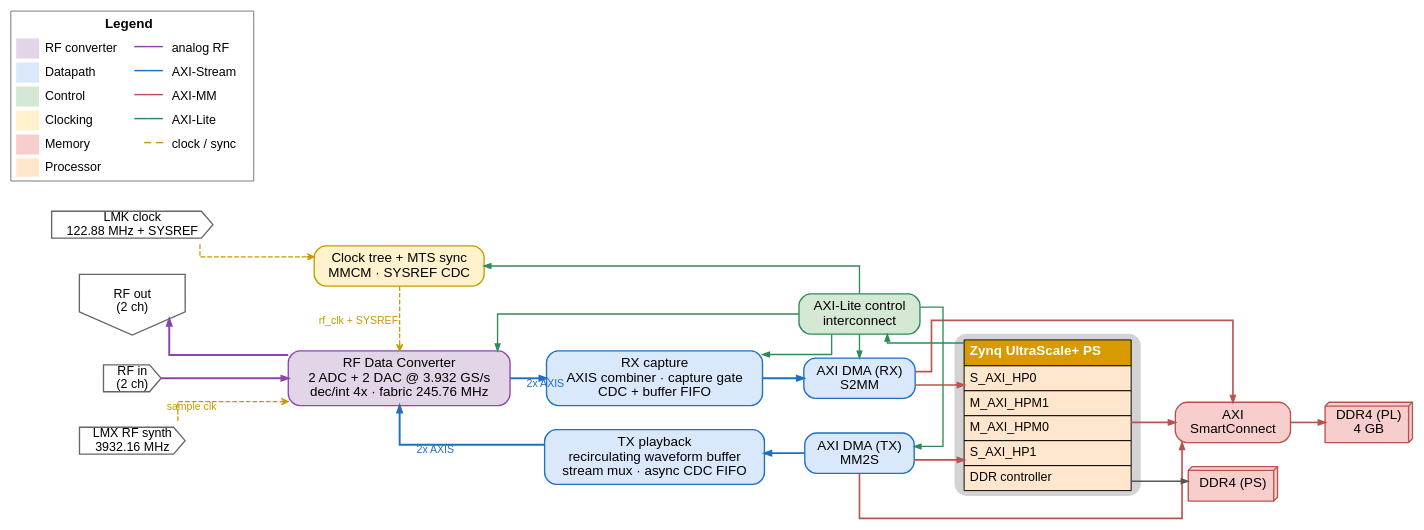
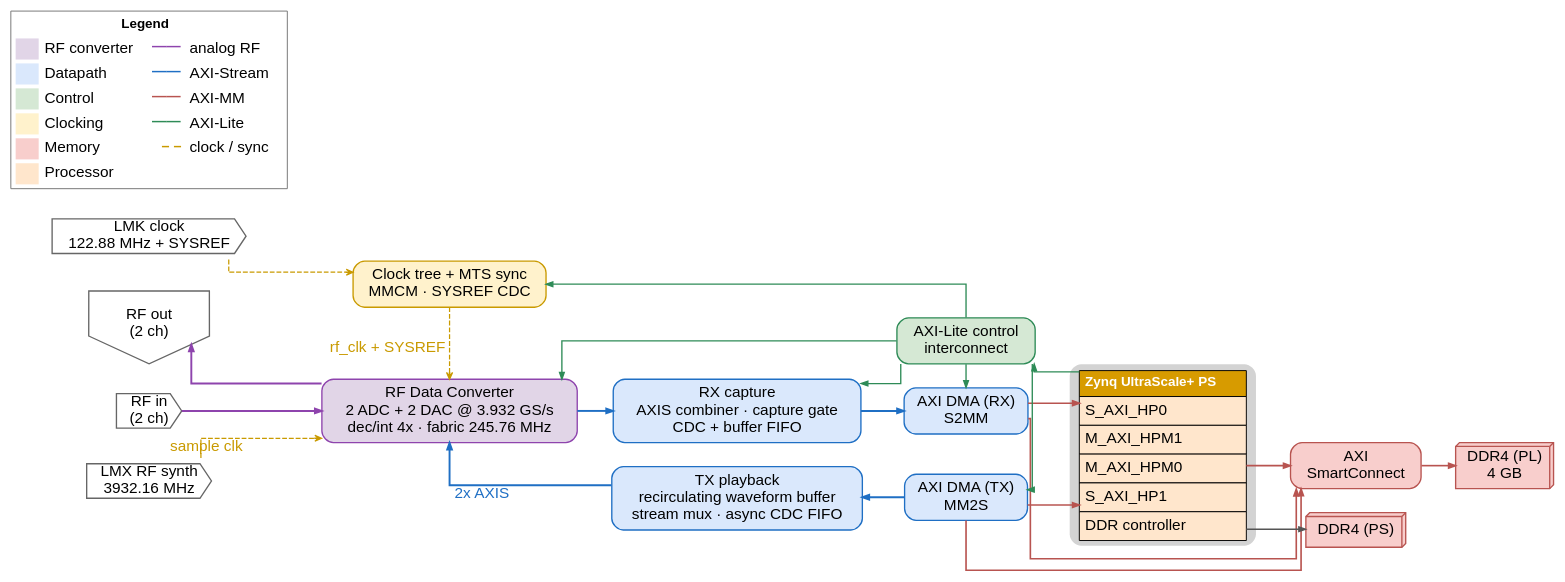
Before and after one commit to ali-rasteh/rfsoc-sdr: the diagram in vivado/sounder_bbf_sivers_ddr4_2x2/arch_diagrams/8_paper_system_architecture.dot, drawn with Graphviz. The commit also changed 7 other files, not shown here.

Commit message:
Updated paper block diagrams

```diff
--- a/vivado/sounder_bbf_sivers_ddr4_2x2/arch_diagrams/8_paper_system_architecture.dot
+++ b/vivado/sounder_bbf_sivers_ddr4_2x2/arch_diagrams/8_paper_system_architecture.dot
@@ -1,96 +1,96 @@
 digraph "paper_system_architecture" {
   graph [rankdir=LR, splines=ortho, nodesep=0.35, ranksep=0.5, fontname="Helvetica",
          bgcolor="white", forcelabels=true, pack=false];
-  node  [fontname="Helvetica", fontsize=14, shape=box, style="filled,rounded",
+  node  [fontname="Helvetica", fontsize=16, shape=box, style="filled,rounded",
          penwidth=1.4, margin="0.14,0.09"];
-  edge  [fontname="Helvetica", fontsize=11, penwidth=1.4, arrowsize=0.7];
+  edge  [fontname="Helvetica", fontsize=16, penwidth=1.4, arrowsize=0.7];
 
   /* ---------- nodes (declared top-to-bottom per column) ---------- */
-  "rf_in"   [label="RF in\n(2 ch)",  shape=cds,      fillcolor="#FFFFFF", color="#666666", style="filled", fontsize=13];
-  "rf_out"  [label="RF out\n(2 ch)", shape=invhouse, fillcolor="#FFFFFF", color="#666666", style="filled", fontsize=13];
-  "clk_lmx" [label="LMX RF synth\n3932.16 MHz",      shape=cds, fillcolor="#FFFFFF", color="#666666", style="filled", fontsize=13];
-  "clk_lmk" [label="LMK clock\n122.88 MHz + SYSREF", shape=cds, fillcolor="#FFFFFF", color="#666666", style="filled", fontsize=13];
+  "rf_in"   [label="RF in\n(2 ch)",  shape=cds,      fillcolor="#FFFFFF", color="#666666", style="filled", fontsize=16];
+  "rf_out"  [label="RF out\n(2 ch)", shape=invhouse, fillcolor="#FFFFFF", color="#666666", style="filled", fontsize=16];
+  "clk_lmx" [label="LMX RF synth\n3932.16 MHz",      shape=cds, fillcolor="#FFFFFF", color="#666666", style="filled", fontsize=16];
+  "clk_lmk" [label="LMK clock\n122.88 MHz + SYSREF", shape=cds, fillcolor="#FFFFFF", color="#666666", style="filled", fontsize=16];
 
   "rfdc" [label="RF Data Converter\n2 ADC + 2 DAC @ 3.932 GS/s\ndec/int 4x · fabric 245.76 MHz",
           fillcolor="#E1D5E7", color="#8E44AD"];
   "clktree" [label="Clock tree + MTS sync\nMMCM · SYSREF CDC", fillcolor="#FFF2CC", color="#C99A00"];
 
   "rx_cap" [label="RX capture\nAXIS combiner · capture gate\nCDC + buffer FIFO", fillcolor="#DAE8FC", color="#1F6FC4"];
   "tx_pb"  [label="TX playback\nrecirculating waveform buffer\nstream mux · async CDC FIFO", fillcolor="#DAE8FC", color="#1F6FC4"];
 
   "dma_rx" [label="AXI DMA (RX)\nS2MM", fillcolor="#DAE8FC", color="#1F6FC4"];
   "ctrl"   [label="AXI-Lite control\ninterconnect", fillcolor="#D5E8D4", color="#2E8B57"];
   "dma_tx" [label="AXI DMA (TX)\nMM2S", fillcolor="#DAE8FC", color="#1F6FC4"];
 
   "ps" [shape=plaintext, label=<<table border="0" cellborder="1" cellspacing="0" cellpadding="5" bgcolor="white">
     <tr><td bgcolor="#D79B00"><font color="white" point-size="14"><b>Zynq UltraScale+ PS</b></font></td></tr>
-    <tr><td port="hp0"  align="left" bgcolor="#FFE6CC"><font point-size="13">S_AXI_HP0</font></td></tr>
-    <tr><td port="hpm1" align="left" bgcolor="#FFE6CC"><font point-size="13">M_AXI_HPM1</font></td></tr>
-    <tr><td port="hpm0" align="left" bgcolor="#FFE6CC"><font point-size="13">M_AXI_HPM0</font></td></tr>
-    <tr><td port="hp1"  align="left" bgcolor="#FFE6CC"><font point-size="13">S_AXI_HP1</font></td></tr>
-    <tr><td port="ddrc" align="left" bgcolor="#FFE6CC"><font point-size="13">DDR controller</font></td></tr>
+    <tr><td port="hp0"  align="left" bgcolor="#FFE6CC"><font point-size="16">S_AXI_HP0</font></td></tr>
+    <tr><td port="hpm1" align="left" bgcolor="#FFE6CC"><font point-size="16">M_AXI_HPM1</font></td></tr>
+    <tr><td port="hpm0" align="left" bgcolor="#FFE6CC"><font point-size="16">M_AXI_HPM0</font></td></tr>
+    <tr><td port="hp1"  align="left" bgcolor="#FFE6CC"><font point-size="16">S_AXI_HP1</font></td></tr>
+    <tr><td port="ddrc" align="left" bgcolor="#FFE6CC"><font point-size="16">DDR controller</font></td></tr>
   </table>>];
 
   "sc"     [label="AXI\nSmartConnect", fillcolor="#F8CECC", color="#B85450"];
   "ddr4ps" [label="DDR4 (PS)", shape=box3d, style="filled", fillcolor="#F8CECC", color="#B85450"];
   "ddr4pl" [label="DDR4 (PL)\n4 GB", shape=box3d, style="filled", fillcolor="#F8CECC", color="#B85450"];
 
   /* ---------- rank columns ---------- */
   { rank=same; "rf_in"; "rf_out"; "clk_lmx"; "clk_lmk"; }
   "clk_lmk" -> "rf_out" [style=invis];
   "rf_out" -> "rf_in"   [style=invis];
   "rf_in" -> "clk_lmx"  [style=invis];
   { rank=same; "rfdc"; "clktree"; }
   { rank=same; "rx_cap"; "tx_pb"; }
   { rank=same; "dma_rx"; "ctrl"; "dma_tx"; }
   { rank=same; "sc"; "ddr4ps"; }
 
   /* ---------- analog RF ---------- */
   "rf_in" -> "rfdc" [color="#8E44AD", style=solid, penwidth=2.0, weight=8];
   "rfdc" -> "rf_out" [color="#8E44AD", style=solid, penwidth=2.0, constraint=false, weight=8];
 
   /* ---------- AXI-Stream data ---------- */
-  "rfdc" -> "rx_cap" [color="#1F6FC4", style=solid, penwidth=2.0, xlabel="2x AXIS", fontcolor="#1F6FC4"];
+  "rfdc" -> "rx_cap" [color="#1F6FC4", style=solid, penwidth=2.0, xlabel="", fontcolor="#1F6FC4"];
   "rx_cap" -> "dma_rx" [color="#1F6FC4", style=solid, penwidth=2.0];
   "dma_tx" -> "tx_pb" [color="#1F6FC4", style=solid, penwidth=2.0, constraint=false];
   "tx_pb" -> "rfdc" [color="#1F6FC4", style=solid, penwidth=2.0, xlabel="2x AXIS", fontcolor="#1F6FC4", constraint=false];
 
   /* ---------- AXI-MM memory ---------- */
   "dma_rx" -> "ps":"hp0":w [color="#B85450", style=solid, penwidth=1.7];
   "dma_tx" -> "ps":"hp1":w [color="#B85450", style=solid, penwidth=1.7];
   "dma_rx" -> "sc" [color="#B85450", style=solid, penwidth=1.7];
   "dma_tx" -> "sc" [color="#B85450", style=solid, penwidth=1.7];
   "ps":"hpm0":e -> "sc" [color="#B85450", style=solid, penwidth=1.7];
   "sc" -> "ddr4pl" [color="#B85450", style=solid, penwidth=1.7];
   "ps":"ddrc":e -> "ddr4ps" [color="#555555", style=solid, penwidth=1.4];
 
   /* ---------- AXI-Lite control ---------- */
   "ps":"hpm1":w -> "ctrl" [color="#2E8B57", style=solid, penwidth=1.4, constraint=false];
   "ctrl" -> "rfdc"    [color="#2E8B57", style=solid, penwidth=1.4, constraint=false];
   "ctrl" -> "rx_cap"  [color="#2E8B57", style=solid, penwidth=1.4, constraint=false];
   "ctrl" -> "dma_rx"  [color="#2E8B57", style=solid, penwidth=1.4];
   "ctrl" -> "dma_tx"  [color="#2E8B57", style=solid, penwidth=1.4];
   "ctrl" -> "clktree" [color="#2E8B57", style=solid, penwidth=1.4, constraint=false];
 
   /* ---------- clocking ---------- */
   "clk_lmk" -> "clktree" [color="#C99A00", style=dashed, penwidth=1.3, arrowhead=vee];
   "clktree" -> "rfdc" [color="#C99A00", style=dashed, penwidth=1.3, arrowhead=vee, xlabel="rf_clk + SYSREF", fontcolor="#C99A00"];
   "clk_lmx" -> "rfdc" [color="#C99A00", style=dashed, penwidth=1.3, arrowhead=vee, xlabel="sample clk", fontcolor="#C99A00"];
 
   /* ---------- legend ---------- */
   "legend" [shape=plaintext, margin=0, label=<<table border="1" color="#777777" cellborder="0" cellspacing="4" cellpadding="2" bgcolor="white">
     <tr><td colspan="4" align="center"><font point-size="14"><b>Legend</b></font></td></tr>
-    <tr><td bgcolor="#E1D5E7" width="24"><font point-size="4"> </font></td><td align="left"><font point-size="13">RF converter</font></td>
-        <td align="right"><font color="#8E44AD" point-size="15"><b>&#8213;&#8213;</b></font></td><td align="left"><font point-size="13">analog RF</font></td></tr>
-    <tr><td bgcolor="#DAE8FC" width="24"><font point-size="4"> </font></td><td align="left"><font point-size="13">Datapath</font></td>
-        <td align="right"><font color="#1F6FC4" point-size="15"><b>&#8213;&#8213;</b></font></td><td align="left"><font point-size="13">AXI-Stream</font></td></tr>
-    <tr><td bgcolor="#D5E8D4" width="24"><font point-size="4"> </font></td><td align="left"><font point-size="13">Control</font></td>
-        <td align="right"><font color="#B85450" point-size="15"><b>&#8213;&#8213;</b></font></td><td align="left"><font point-size="13">AXI-MM</font></td></tr>
-    <tr><td bgcolor="#FFF2CC" width="24"><font point-size="4"> </font></td><td align="left"><font point-size="13">Clocking</font></td>
-        <td align="right"><font color="#2E8B57" point-size="15"><b>&#8213;&#8213;</b></font></td><td align="left"><font point-size="13">AXI-Lite</font></td></tr>
-    <tr><td bgcolor="#F8CECC" width="24"><font point-size="4"> </font></td><td align="left"><font point-size="13">Memory</font></td>
-        <td align="right"><font color="#C99A00" point-size="15"><b>&#8211; &#8211;</b></font></td><td align="left"><font point-size="13">clock / sync</font></td></tr>
-    <tr><td bgcolor="#FFE6CC" width="24"><font point-size="4"> </font></td><td align="left"><font point-size="13">Processor</font></td>
+    <tr><td bgcolor="#E1D5E7" width="24"><font point-size="4"> </font></td><td align="left"><font point-size="16">RF converter</font></td>
+        <td align="right"><font color="#8E44AD" point-size="15"><b>&#8213;&#8213;</b></font></td><td align="left"><font point-size="16">analog RF</font></td></tr>
+    <tr><td bgcolor="#DAE8FC" width="24"><font point-size="4"> </font></td><td align="left"><font point-size="16">Datapath</font></td>
+        <td align="right"><font color="#1F6FC4" point-size="15"><b>&#8213;&#8213;</b></font></td><td align="left"><font point-size="16">AXI-Stream</font></td></tr>
+    <tr><td bgcolor="#D5E8D4" width="24"><font point-size="4"> </font></td><td align="left"><font point-size="16">Control</font></td>
+        <td align="right"><font color="#B85450" point-size="15"><b>&#8213;&#8213;</b></font></td><td align="left"><font point-size="16">AXI-MM</font></td></tr>
+    <tr><td bgcolor="#FFF2CC" width="24"><font point-size="4"> </font></td><td align="left"><font point-size="16">Clocking</font></td>
+        <td align="right"><font color="#2E8B57" point-size="15"><b>&#8213;&#8213;</b></font></td><td align="left"><font point-size="16">AXI-Lite</font></td></tr>
+    <tr><td bgcolor="#F8CECC" width="24"><font point-size="4"> </font></td><td align="left"><font point-size="16">Memory</font></td>
+        <td align="right"><font color="#C99A00" point-size="15"><b>&#8211; &#8211;</b></font></td><td align="left"><font point-size="16">clock / sync</font></td></tr>
+    <tr><td bgcolor="#FFE6CC" width="24"><font point-size="4"> </font></td><td align="left"><font point-size="16">Processor</font></td>
         <td> </td><td> </td></tr>
   </table>>];
 }
```
